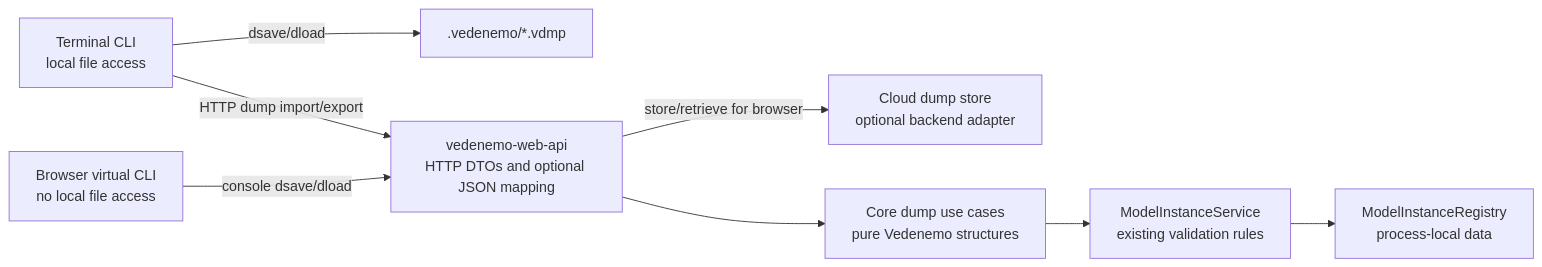
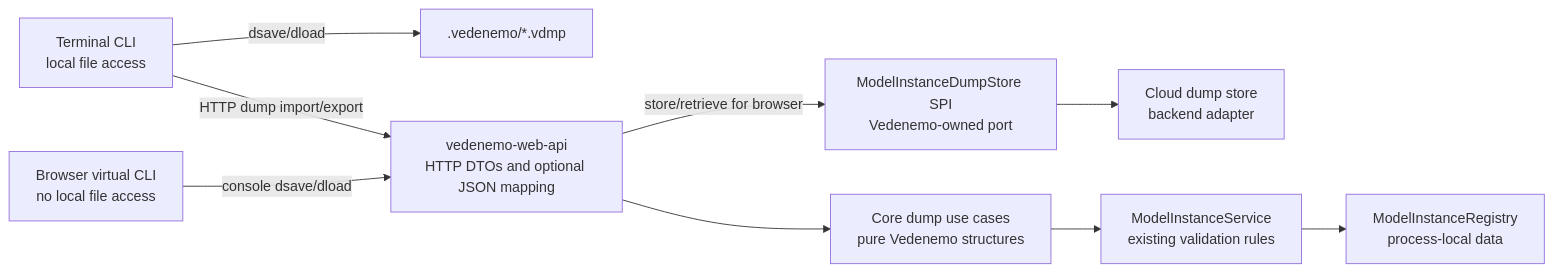
One commit to VedenemoDev/VedenemoMonorepo changed the first of 3 diagrams in tasks/backlog.md. Above: the diagram before and after it, drawn with Mermaid. The commit also changed other lines of this file and 1 other file, not shown here.

````diff
--- a/tasks/backlog.md
+++ b/tasks/backlog.md
@@ -106,19 +108,21 @@
 ```mermaid
 flowchart LR
     TerminalCli["Terminal CLI<br/>local file access"]
     BrowserCli["Browser virtual CLI<br/>no local file access"]
     WebApi["vedenemo-web-api<br/>HTTP DTOs and optional JSON mapping"]
     DumpService["Core dump use cases<br/>pure Vedenemo structures"]
     InstanceService["ModelInstanceService<br/>existing validation rules"]
     InstanceRegistry["ModelInstanceRegistry<br/>process-local data"]
     LocalFiles[".vedenemo/*.vdmp"]
-    CloudStore["Cloud dump store<br/>optional backend adapter"]
+    DumpStoreSpi["ModelInstanceDumpStore SPI<br/>Vedenemo-owned port"]
+    CloudStore["Cloud dump store<br/>backend adapter"]
 
     TerminalCli -->|dsave/dload| LocalFiles
     TerminalCli -->|HTTP dump import/export| WebApi
     BrowserCli -->|console dsave/dload| WebApi
-    WebApi -->|store/retrieve for browser| CloudStore
+    WebApi -->|store/retrieve for browser| DumpStoreSpi
+    DumpStoreSpi --> CloudStore
     WebApi --> DumpService
     DumpService --> InstanceService
     InstanceService --> InstanceRegistry
 ```
````
